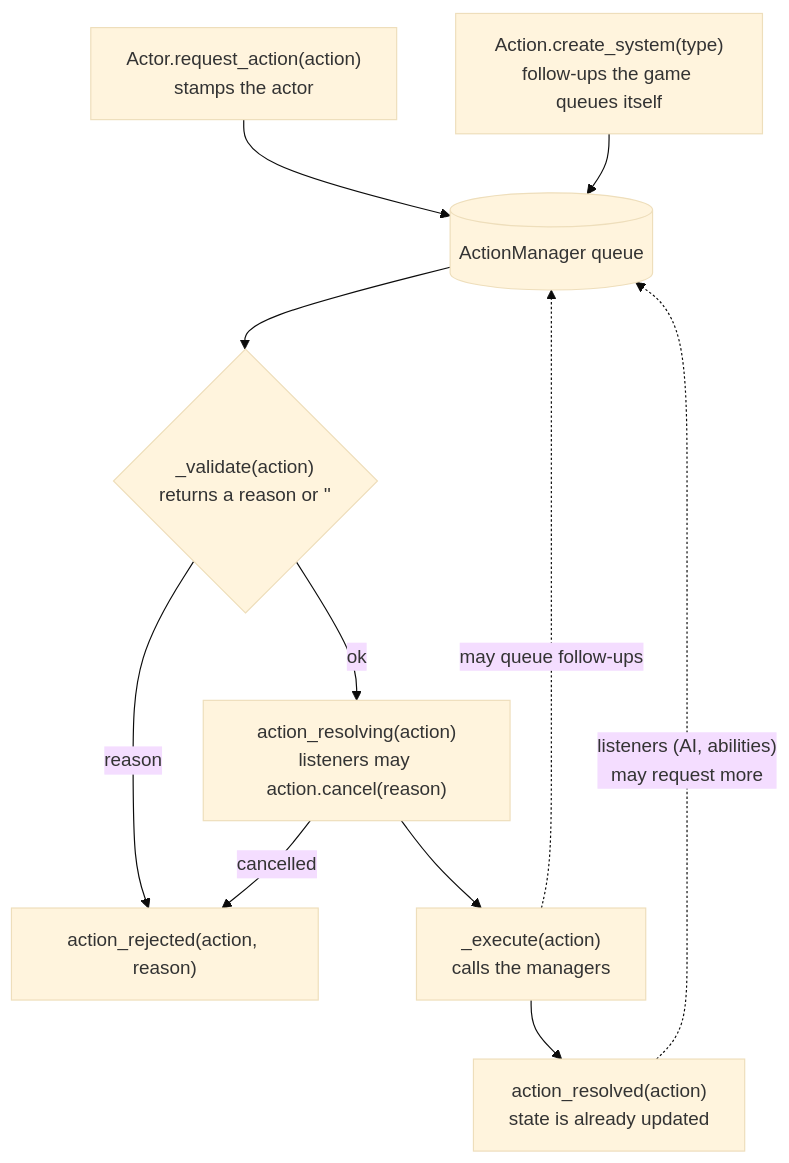
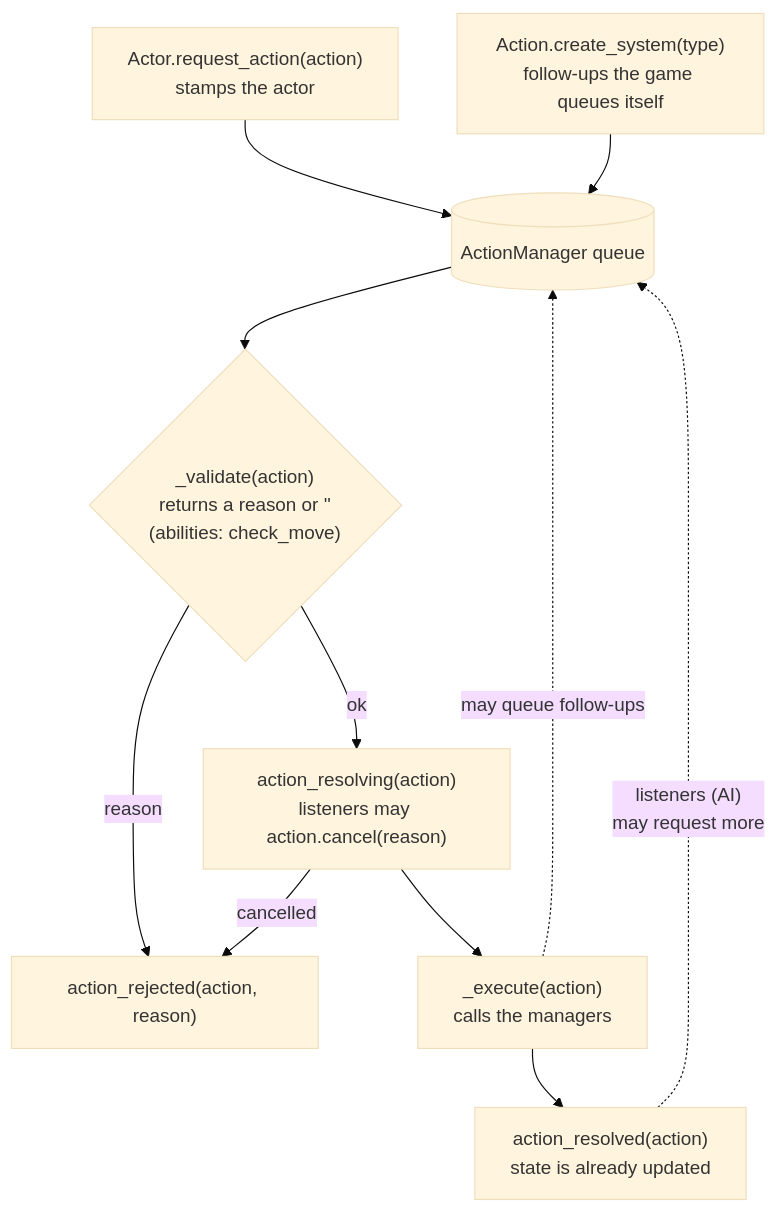
The ninth of 12 diagrams in docs/diagrams.md (OscarPatchworth/BsOW), drawn with Mermaid (base theme) before and after one commit. The commit also changed other lines of this file, not shown here.

First line of the commit message:
Docs: diagrams brought up to date with prototype

````diff
--- a/docs/diagrams.md
+++ b/docs/diagrams.md
@@ -620,13 +844,13 @@
 ```mermaid
 flowchart TB
     Req["Actor.request_action(action)<br/>stamps the actor"] --> Q[("ActionManager queue")]
     Sys["Action.create_system(type)<br/>follow-ups the game queues itself"] --> Q
-    Q --> V{"_validate(action)<br/>returns a reason or ''"}
+    Q --> V{"_validate(action)<br/>returns a reason or ''<br/>(abilities: check_move)"}
     V -- "reason" --> Rej["action_rejected(action, reason)"]
     V -- "ok" --> Pre["action_resolving(action)<br/>listeners may action.cancel(reason)"]
     Pre -- "cancelled" --> Rej
     Pre --> Ex["_execute(action)<br/>calls the managers"]
     Ex --> Post["action_resolved(action)<br/>state is already updated"]
     Ex -. "may queue follow-ups" .-> Q
-    Post -. "listeners (AI, abilities)<br/>may request more" .-> Q
+    Post -. "listeners (AI)<br/>may request more" .-> Q
 ```
````
